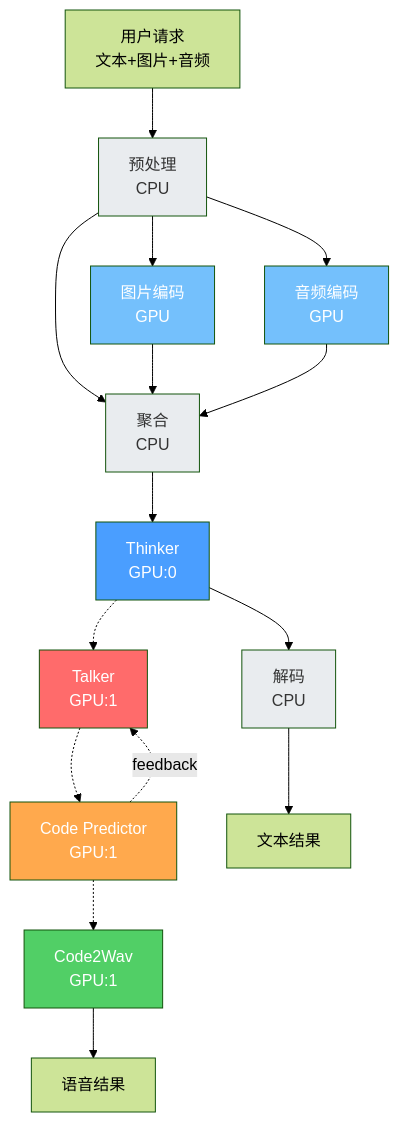
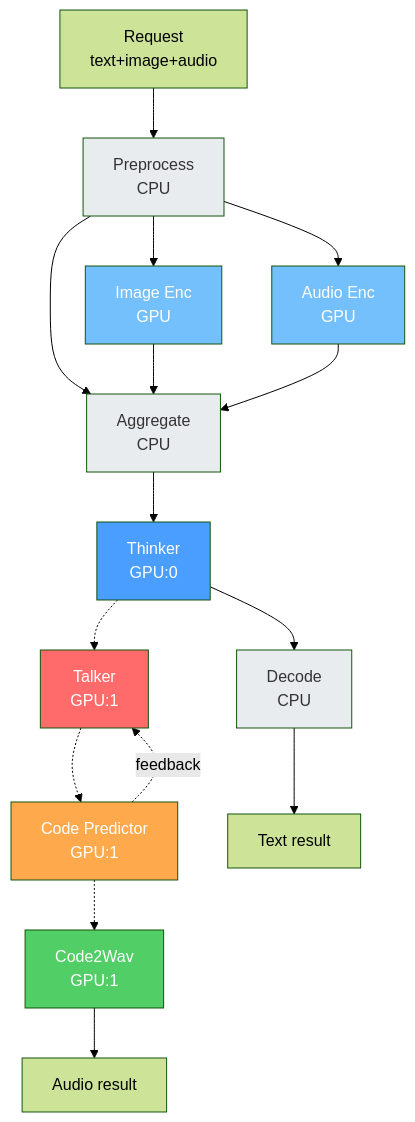
One commit to zhaochenyang20/Awesome-ML-SYS-Tutorial changed the eighth of 31 diagrams in sglang/sglang-omni/README.md. Above: the diagram before and after it, drawn with Mermaid (forest theme). The commit also changed other lines of this file, not shown here.

First line of the commit message:
style: use English in all Mermaid diagrams, fix broken links, simplify oversized charts

````diff
--- a/sglang/sglang-omni/README.md
+++ b/sglang/sglang-omni/README.md
@@ -288,27 +263,27 @@
 ```mermaid
 graph TB
-    A["用户请求<br/>文本+图片+音频"] --> Pre["预处理<br/>CPU"]
-    Pre --> IE["图片编码<br/>GPU"]
-    Pre --> AE["音频编码<br/>GPU"]
-    Pre --> Agg["聚合<br/>CPU"]
+    A["Request<br/>text+image+audio"] --> Pre["Preprocess<br/>CPU"]
+    Pre --> IE["Image Enc<br/>GPU"]
+    Pre --> AE["Audio Enc<br/>GPU"]
+    Pre --> Agg["Aggregate<br/>CPU"]
     IE --> Agg
     AE --> Agg
     Agg --> Th["Thinker<br/>GPU:0"]
-    Th --> Dec["解码<br/>CPU"]
+    Th --> Dec["Decode<br/>CPU"]
     Th -.-> Tk["Talker<br/>GPU:1"]
     Tk -.-> CP["Code Predictor<br/>GPU:1"]
     CP -.-> CW["Code2Wav<br/>GPU:1"]
     CP -.-> |feedback| Tk
-    Dec --> R1["文本结果"]
-    CW --> R2["语音结果"]
+    Dec --> R1["Text result"]
+    CW --> R2["Audio result"]
 
     style Pre fill:#e9ecef,color:#333
     style IE fill:#74c0fc,color:#fff
     style AE fill:#74c0fc,color:#fff
     style Agg fill:#e9ecef,color:#333
     style Th fill:#4a9eff,color:#fff
     style Dec fill:#e9ecef,color:#333
     style Tk fill:#ff6b6b,color:#fff
     style CP fill:#ffa94d,color:#fff
     style CW fill:#51cf66,color:#fff
 ```
````
